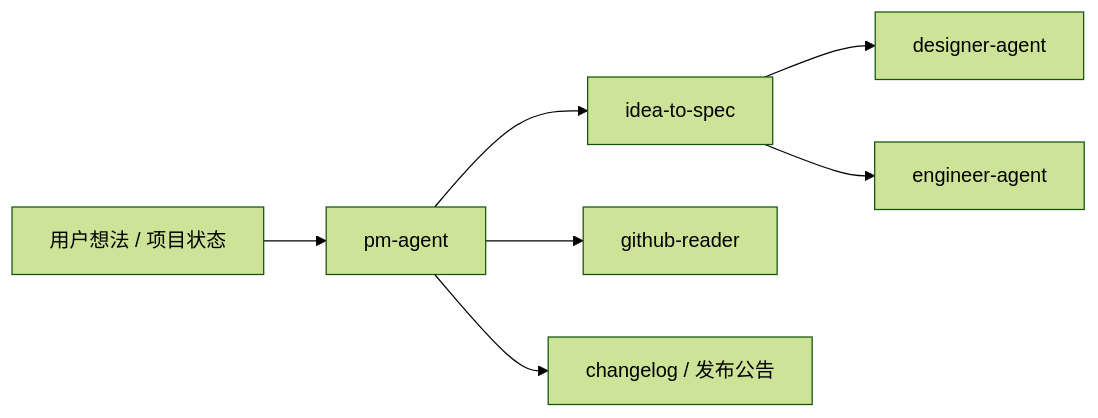
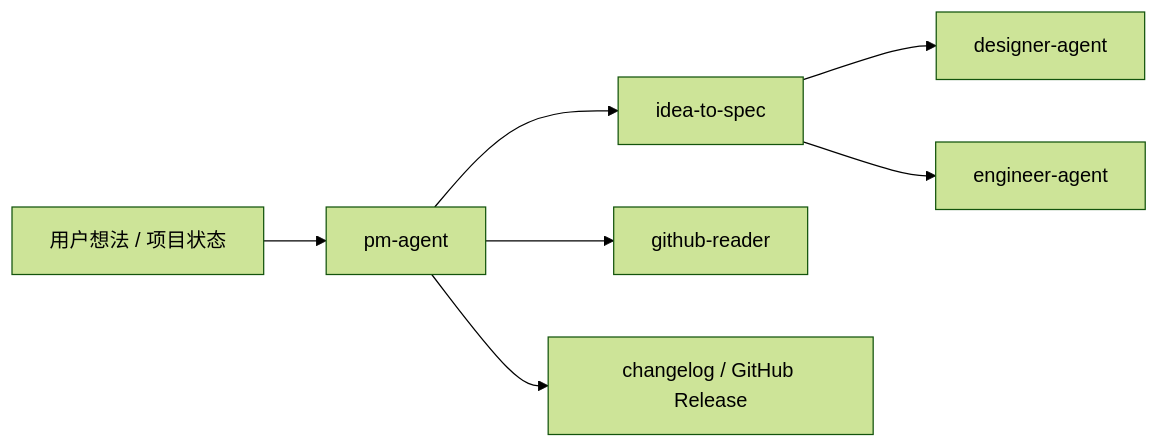
Before and after one commit to Neplich/dev-agent-skills: the diagram in agents/product_manager/README_zh.md, drawn with Mermaid (forest theme). The commit also changed other lines of this file and 66 other files, not shown here.

````diff
--- a/agents/product_manager/README_zh.md
+++ b/agents/product_manager/README_zh.md
@@ -52,9 +53,9 @@
 ```mermaid
 flowchart LR
     Idea["用户想法 / 项目状态"] --> PM["pm-agent"]
     PM --> Spec["idea-to-spec"]
     PM --> GitHub["github-reader"]
-    PM --> Release["changelog / 发布公告"]
+    PM --> Release["changelog / GitHub Release"]
     Spec --> Designer["designer-agent"]
     Spec --> Engineer["engineer-agent"]
 ```
````
